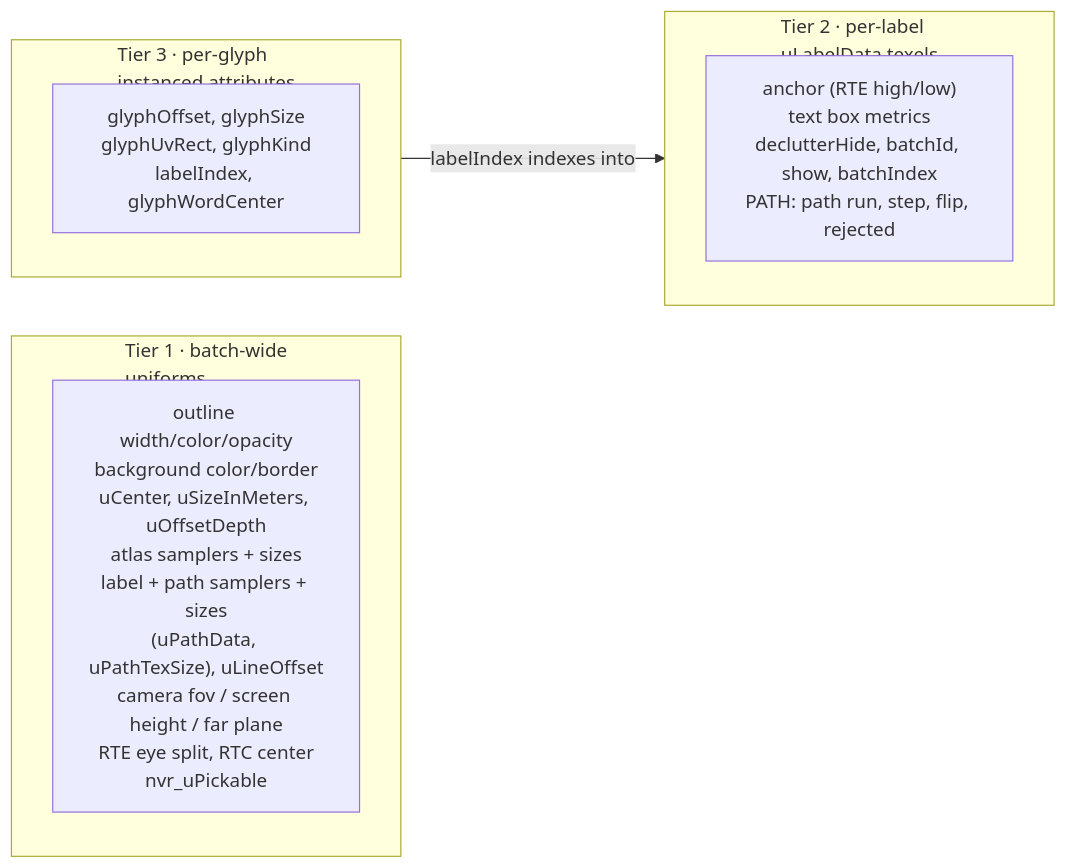
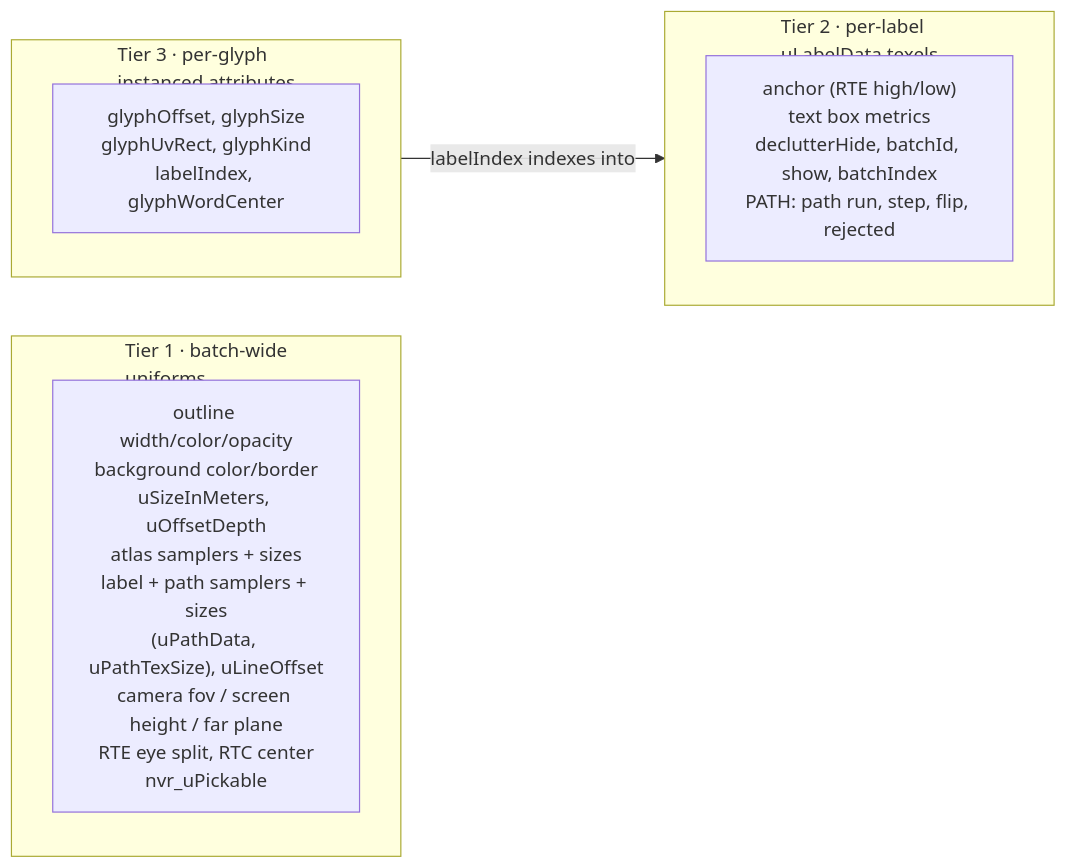
One commit to adel-elmala/navara changed the diagram in guide/TEXT_BATCHING.md. Above: the diagram before and after it, drawn with Mermaid. The commit also changed other lines of this file and 71 other files, not shown here.

Commit message:
feat!: replace text/sprite center with anchor and add offset and textalign auto options

````diff
--- a/guide/TEXT_BATCHING.md
+++ b/guide/TEXT_BATCHING.md
@@ -31,13 +31,13 @@
 ```mermaid
 flowchart LR
   subgraph U["Tier 1 · batch-wide<br/>uniforms"]
-    U1["outline width/color/opacity<br/>background color/border<br/>uCenter, uSizeInMeters, uOffsetDepth<br/>atlas samplers + sizes<br/>label + path samplers + sizes<br/>(uPathData, uPathTexSize), uLineOffset<br/>camera fov / screen height / far plane<br/>RTE eye split, RTC center<br/>nvr_uPickable"]
+    U1["outline width/color/opacity<br/>background color/border<br/>uSizeInMeters, uOffsetDepth<br/>atlas samplers + sizes<br/>label + path samplers + sizes<br/>(uPathData, uPathTexSize), uLineOffset<br/>camera fov / screen height / far plane<br/>RTE eye split, RTC center<br/>nvr_uPickable"]
   end
   subgraph L["Tier 2 · per-label<br/>uLabelData texels"]
     L1["anchor (RTE high/low)<br/>text box metrics<br/>declutterHide, batchId, show, batchIndex<br/>PATH: path run, step, flip, rejected"]
   end
   subgraph G["Tier 3 · per-glyph<br/>instanced attributes"]
     G1["glyphOffset, glyphSize<br/>glyphUvRect, glyphKind<br/>labelIndex, glyphWordCenter"]
   end
   G -->|"labelIndex indexes into"| L
 ```
````
